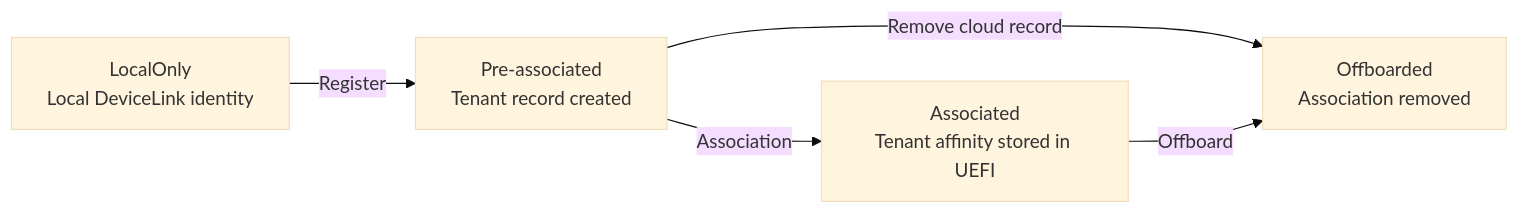
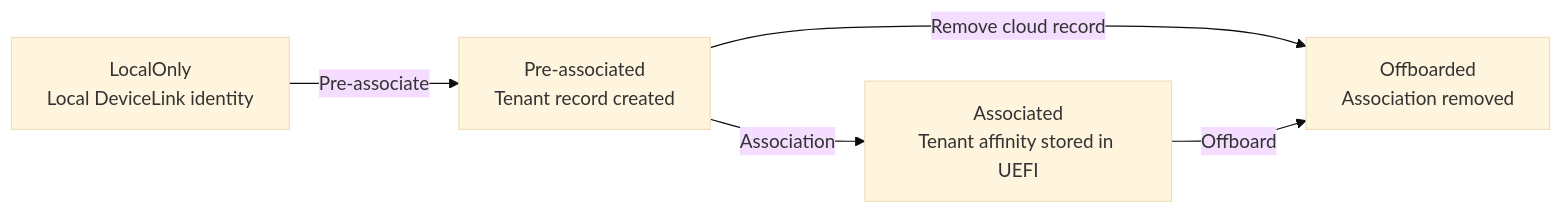
The diagram in README.md (roryvossepoel/WindowsDeviceLink-Public), drawn with Mermaid (base theme) before and after one commit. The commit also changed other lines of this file and 11 other files, not shown here.

````diff
--- a/README.md
+++ b/README.md
@@ -157,12 +157,12 @@
 ```mermaid
 flowchart LR
     A["LocalOnly<br/>Local DeviceLink identity"]
     B["Pre-associated<br/>Tenant record created"]
     C["Associated<br/>Tenant affinity stored in UEFI"]
     D["Offboarded<br/>Association removed"]
 
-    A -->|"Register"| B
+    A -->|"Pre-associate"| B
     B -->|"Association"| C
     B -->|"Remove cloud record"| D
     C -->|"Offboard"| D
 ```
````
